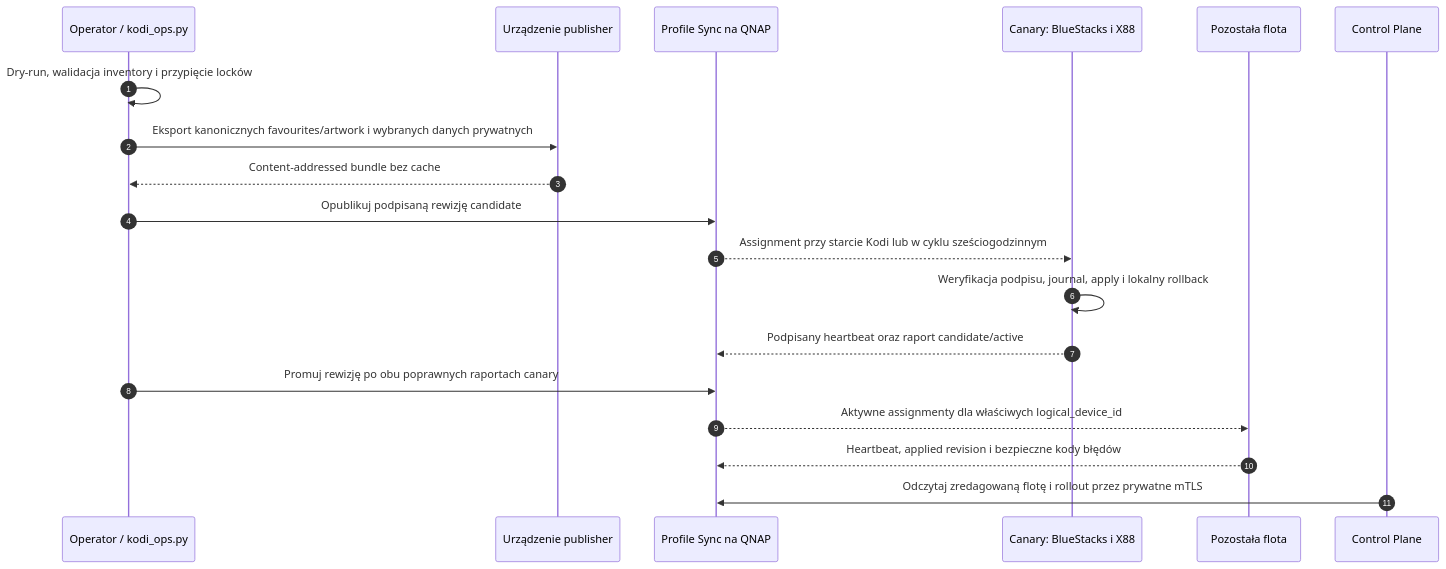
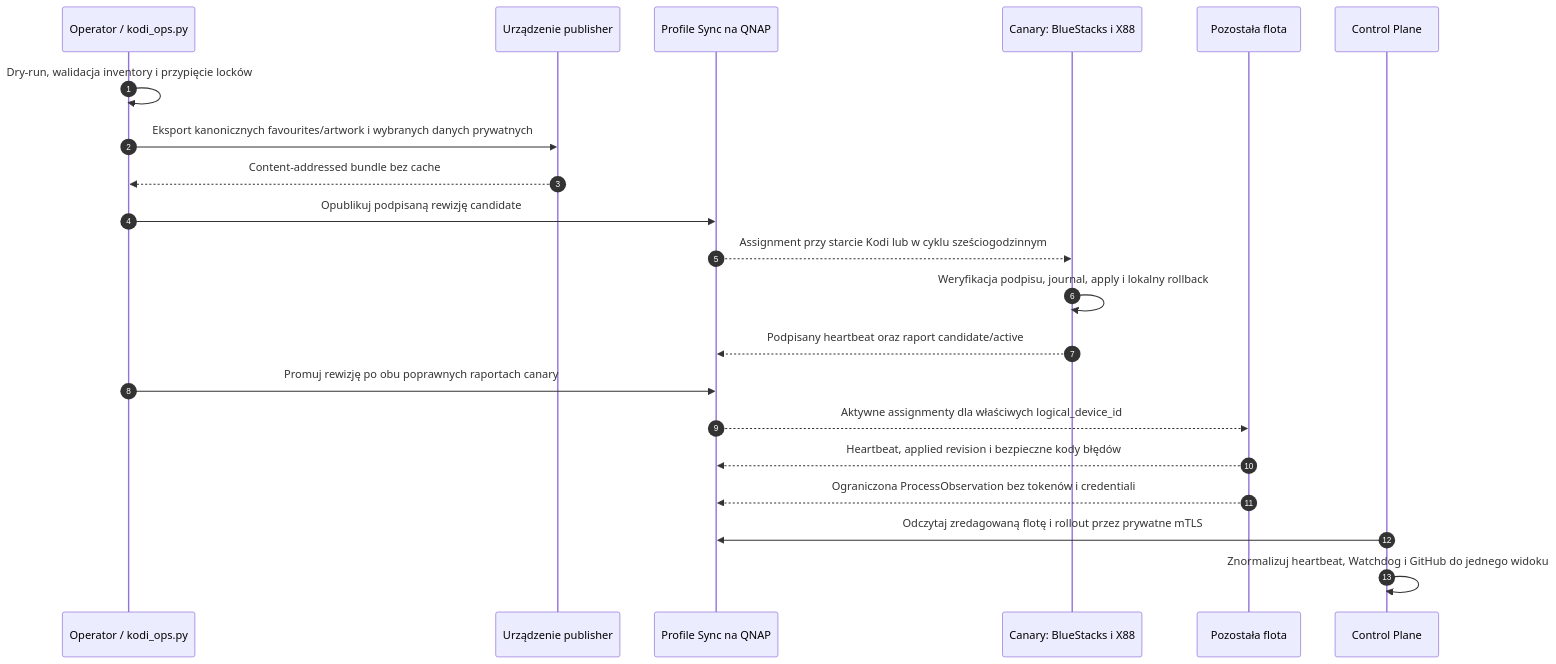
Before and after one commit to mwoDevelop/kodi: the third of 4 diagrams in docs/architecture.md, drawn with Mermaid. The commit also changed other lines of this file and 2 other files, not shown here.

Commit message:
Integrate Profile Sync process observations

````diff
--- a/docs/architecture.md
+++ b/docs/architecture.md
@@ -237,22 +243,24 @@
 ```mermaid
 sequenceDiagram
   autonumber
   participant O as Operator / kodi_ops.py
   participant Pub as Urządzenie publisher
   participant B as Profile Sync na QNAP
   participant C as Canary: BlueStacks i X88
   participant F as Pozostała flota
   participant CP as Control Plane
 
   O->>O: Dry-run, walidacja inventory i przypięcie locków
   O->>Pub: Eksport kanonicznych favourites/artwork i wybranych danych prywatnych
   Pub-->>O: Content-addressed bundle bez cache
   O->>B: Opublikuj podpisaną rewizję candidate
   B-->>C: Assignment przy starcie Kodi lub w cyklu sześciogodzinnym
   C->>C: Weryfikacja podpisu, journal, apply i lokalny rollback
   C-->>B: Podpisany heartbeat oraz raport candidate/active
   O->>B: Promuj rewizję po obu poprawnych raportach canary
   B-->>F: Aktywne assignmenty dla właściwych logical_device_id
   F-->>B: Heartbeat, applied revision i bezpieczne kody błędów
+  F-->>B: Ograniczona ProcessObservation bez tokenów i credentiali
   CP->>B: Odczytaj zredagowaną flotę i rollout przez prywatne mTLS
+  CP->>CP: Znormalizuj heartbeat, Watchdog i GitHub do jednego widoku
 ```
````
